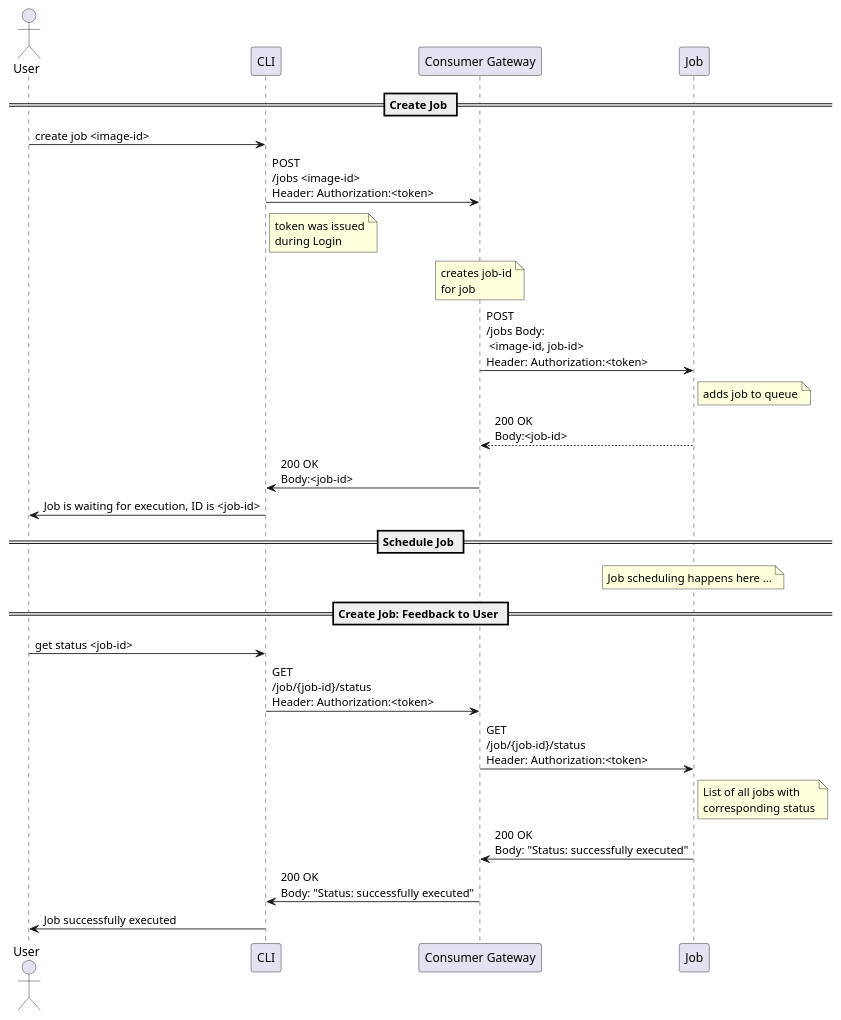
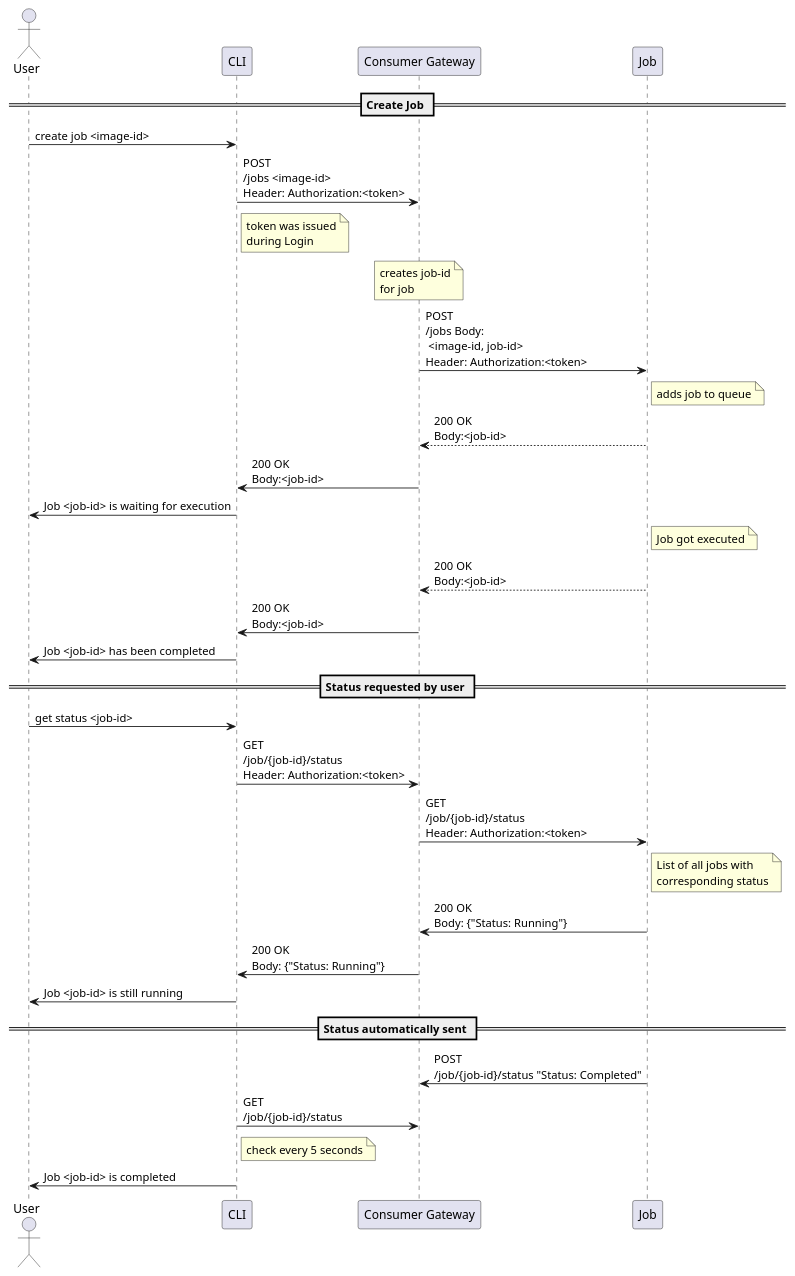
One commit to informatik-mannheim/cmg-ss2025 changed the diagram in phase01-ella/create-job.puml. Above: the diagram before and after it, drawn with PlantUML.

Commit message:
Further changes

```diff
--- a/phase01-ella/create-job.puml
+++ b/phase01-ella/create-job.puml
@@ -1,30 +1,37 @@
 @startuml
 actor "User"
 
 
 == Create Job ==
 User -> CLI: create job <image-id>
 CLI -> "Consumer Gateway": POST\n/jobs <image-id>\nHeader: Authorization:<token>
 note right of CLI: token was issued\nduring Login
 note over "Consumer Gateway": creates job-id\nfor job
 "Consumer Gateway" -> Job: POST\n/jobs Body:\n <image-id, job-id>\nHeader: Authorization:<token>
 note right of Job: adds job to queue
 Job --> "Consumer Gateway": 200 OK\nBody:<job-id>
 "Consumer Gateway" -> CLI: 200 OK\nBody:<job-id>
-"CLI" -> User: Job is waiting for execution, ID is <job-id>
+"CLI" -> User: Job <job-id> is waiting for execution
+note right of Job: Job got executed
+Job --> "Consumer Gateway": 200 OK\nBody:<job-id>
+"Consumer Gateway" -> CLI: 200 OK\nBody:<job-id>
+"CLI" -> User: Job <job-id> has been completed
 
 
-== Schedule Job ==
-note over Job: Job scheduling happens here ... 
+== Status requested by user ==
 
-== Create Job: Feedback to User ==
 "User" -> "CLI": get status <job-id>
-
 "CLI" -> "Consumer Gateway": GET\n/job/{job-id}/status \nHeader: Authorization:<token>
 "Consumer Gateway" -> "Job": GET\n/job/{job-id}/status \nHeader: Authorization:<token>
 note right of Job: List of all jobs with\ncorresponding status
-"Job" -> "Consumer Gateway": 200 OK\nBody: "Status: successfully executed"
-"Consumer Gateway"->"CLI": 200 OK\nBody: "Status: successfully executed"
-"CLI"->"User": Job successfully executed
+"Job" -> "Consumer Gateway": 200 OK\nBody: {"Status: Running"}
+"Consumer Gateway"->"CLI": 200 OK\nBody: {"Status: Running"}
+"CLI"->"User": Job <job-id> is still running
+
+== Status automatically sent ==
+"Job" -> "Consumer Gateway": POST\n/job/{job-id}/status "Status: Completed"
+"CLI" -> "Consumer Gateway": GET\n/job/{job-id}/status 
+note right of CLI: check every 5 seconds
+"CLI" -> "User": Job <job-id> is completed
 
 @enduml
```
